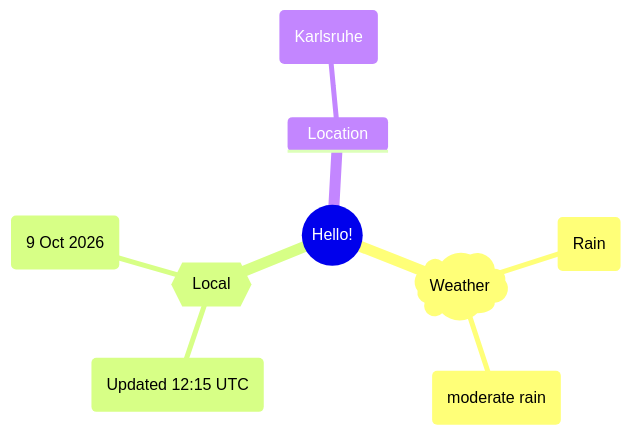
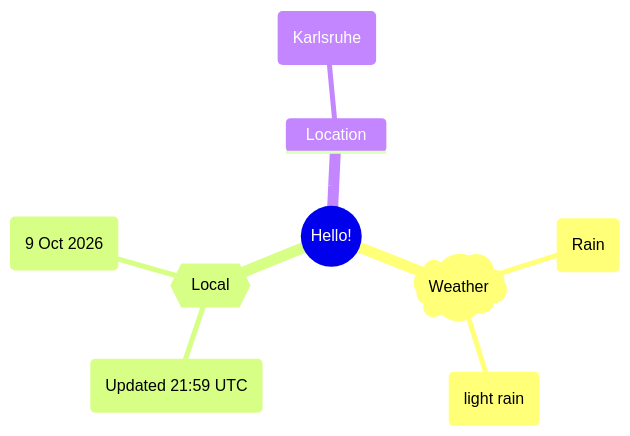
Before and after one commit to Xosrov/Xosrov: the first of 2 diagrams in README.md, drawn with Mermaid.

Commit message:
[bot] updated images

````diff
--- a/README.md
+++ b/README.md
@@ -3,12 +3,12 @@
 ```mermaid
 mindmap
   root((Hello!))
     )Weather(
         (Rain)
-        (moderate rain)
+        (light rain)
     {{Local}}
-        (Updated 12:15 UTC)
+        (Updated 21:59 UTC)
         (9 Oct 2026)
     Location
         (Karlsruhe)
 ```
````
